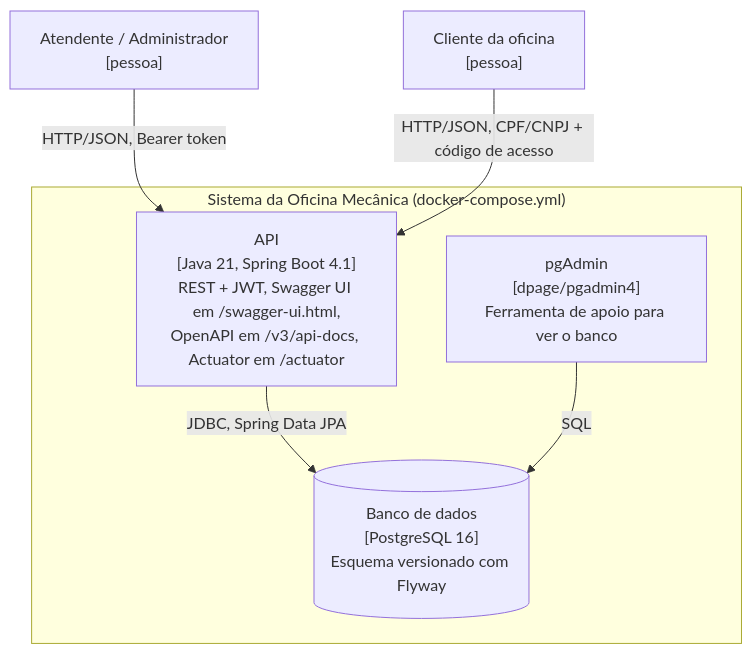
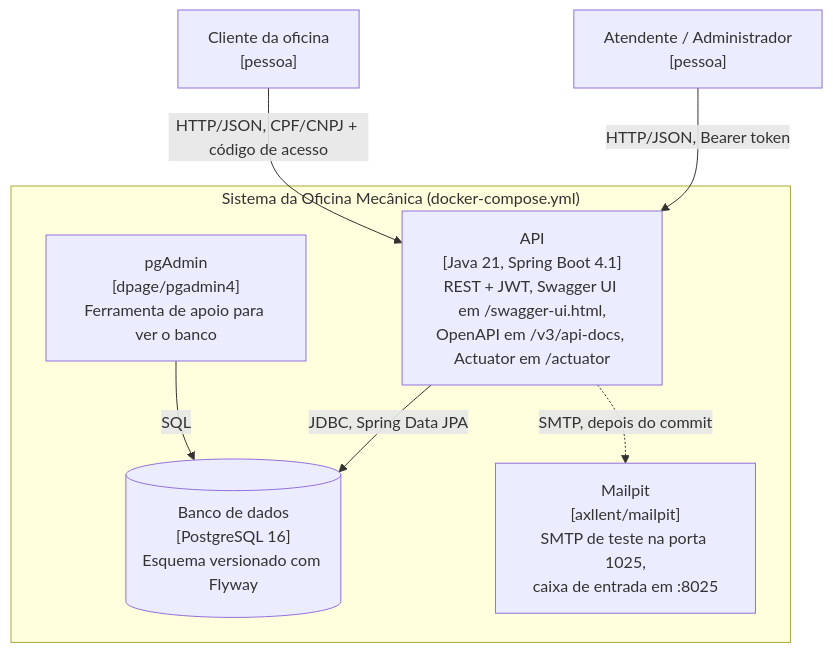
One commit to FIAP-18SOAT-Grupo31/oficina-mecanica changed the second of 3 diagrams in docs/arquitetura/c4.md. Above: the diagram before and after it, drawn with Mermaid. The commit also changed other lines of this file and 21 other files, not shown here.

First line of the commit message:
docs: atualiza diagramas do egon e docs com o que entrou no #42

````diff
--- a/docs/arquitetura/c4.md
+++ b/docs/arquitetura/c4.md
@@ -33,16 +36,18 @@
 ```mermaid
 flowchart TB
     atendente["Atendente / Administrador<br/>[pessoa]"]
     cliente["Cliente da oficina<br/>[pessoa]"]
 
     subgraph oficina["Sistema da Oficina Mecânica (docker-compose.yml)"]
         api["API<br/>[Java 21, Spring Boot 4.1]<br/>REST + JWT, Swagger UI em /swagger-ui.html,<br/>OpenAPI em /v3/api-docs, Actuator em /actuator"]
         db[("Banco de dados<br/>[PostgreSQL 16]<br/>Esquema versionado com Flyway")]
         pgadmin["pgAdmin<br/>[dpage/pgadmin4]<br/>Ferramenta de apoio para ver o banco"]
+        mailpit["Mailpit<br/>[axllent/mailpit]<br/>SMTP de teste na porta 1025,<br/>caixa de entrada em :8025"]
     end
 
     atendente -- "HTTP/JSON, Bearer token" --> api
     cliente -- "HTTP/JSON, CPF/CNPJ + código de acesso" --> api
     api -- "JDBC, Spring Data JPA" --> db
     pgadmin -- "SQL" --> db
+    api -. "SMTP, depois do commit" .-> mailpit
 ```
````
